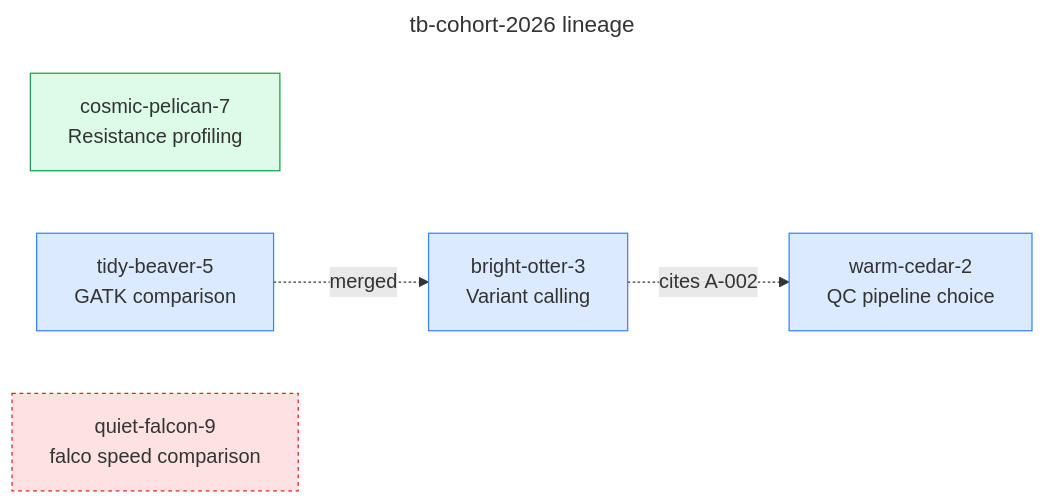
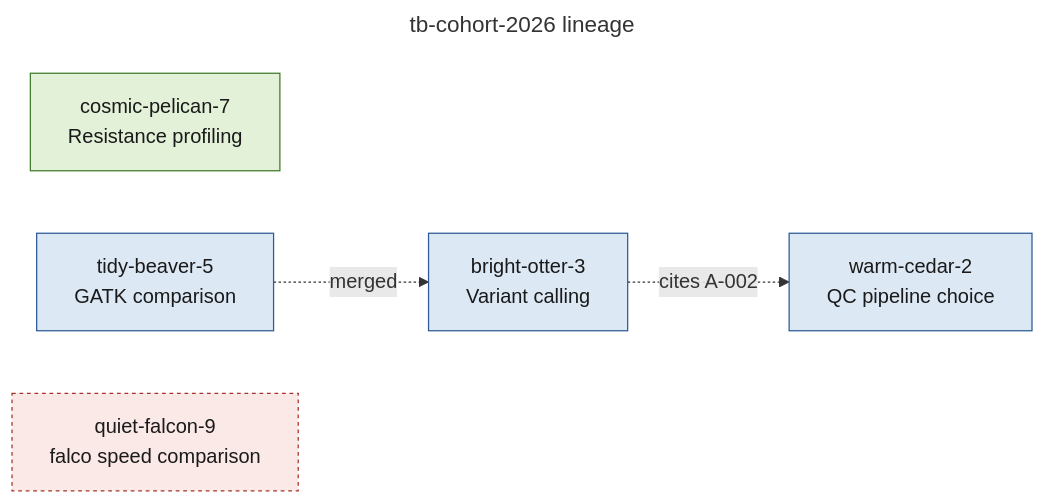
One commit to abc-cluster/abc-cluster-cli changed the fourth of 9 diagrams in docs/tutorials/project-management.md. Above: the diagram before and after it, drawn with Mermaid. The commit also changed other lines of this file, not shown here.

````diff
--- a/docs/tutorials/project-management.md
+++ b/docs/tutorials/project-management.md
@@ -287,28 +311,29 @@
 ```mermaid
 ---
 title: tb-cohort-2026 lineage
 ---
 flowchart LR
    I_warm[warm-cedar-2\nQC pipeline choice]
    I_bright[bright-otter-3\nVariant calling]
    I_cosmic[cosmic-pelican-7\nResistance profiling]
    I_tidy[tidy-beaver-5\nGATK comparison]
    I_quiet[quiet-falcon-9\nfalco speed comparison]
 
    I_tidy -.->|merged| I_bright
    I_bright -.->|cites A-002| I_warm
 
-   classDef active fill:#dcfce7,stroke:#16a34a
-   classDef merged fill:#dbeafe,stroke:#3b82f6
-   classDef deadend fill:#fee2e2,stroke:#dc2626,stroke-dasharray:3 3
-   classDef archived fill:#f3f4f6,stroke:#6b7280
-   classDef run fill:#dcfce7,stroke:#16a34a
-   classDef hyp fill:#dbeafe,stroke:#3b82f6
-   classDef issue fill:#fee2e2,stroke:#dc2626
-   classDef insight fill:#dbeafe,stroke:#3b82f6
-   classDef inv fill:#dbeafe,stroke:#3b82f6
+   classDef active   fill:#e3f1d9,stroke:#3f7a2a,color:#1a1a1a
+   classDef merged   fill:#dde8f5,stroke:#2c5a96,color:#1a1a1a
+   classDef deadend  fill:#fbe9e7,stroke:#a8332a,stroke-dasharray:3 3,color:#1a1a1a
+   classDef archived fill:#ececea,stroke:#6b6a64,color:#1a1a1a
+   classDef run      fill:#e3f1d9,stroke:#3f7a2a,color:#1a1a1a
+   classDef hyp      fill:#dde8f5,stroke:#2c5a96,color:#1a1a1a
+   classDef issue    fill:#fbe9e7,stroke:#a8332a,color:#1a1a1a
+   classDef insight  fill:#dde8f5,stroke:#2c5a96,color:#1a1a1a
+   classDef inv      fill:#dde8f5,stroke:#2c5a96,color:#1a1a1a
+   classDef obs      fill:#ececea,stroke:#6b6a64,color:#1a1a1a
 
    class I_warm,I_bright,I_tidy merged
    class I_cosmic active
    class I_quiet deadend
 ```
````
